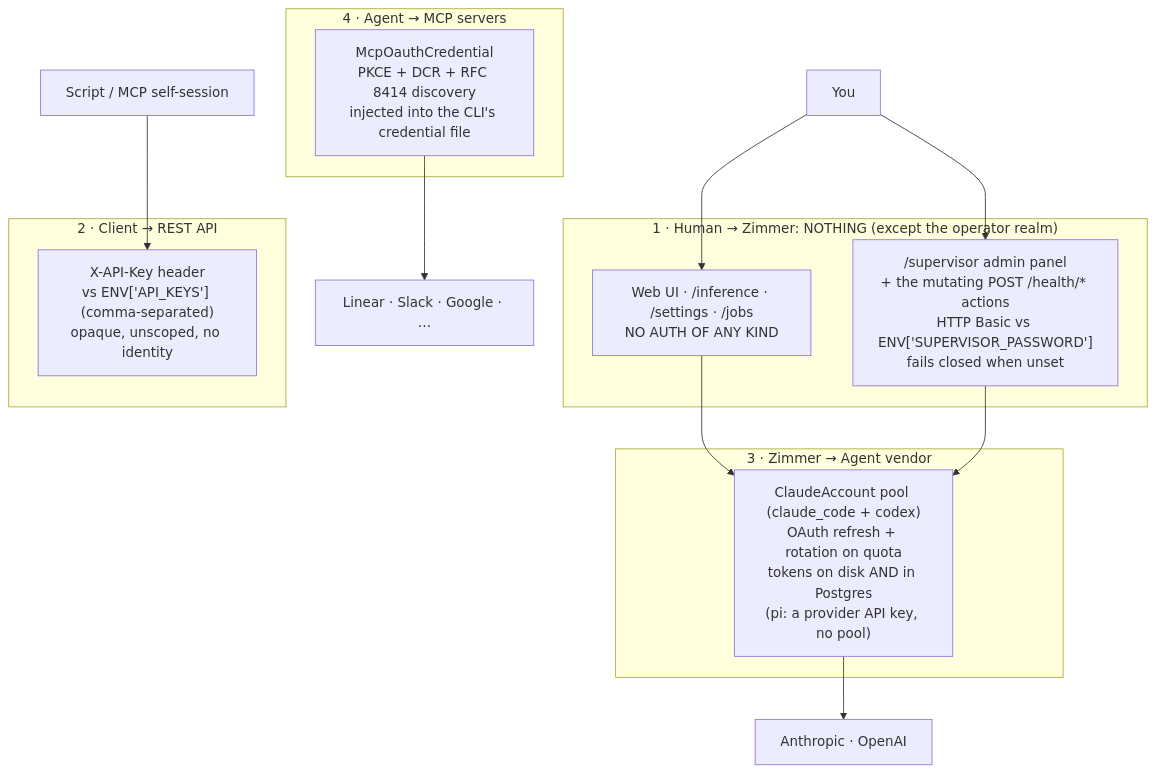
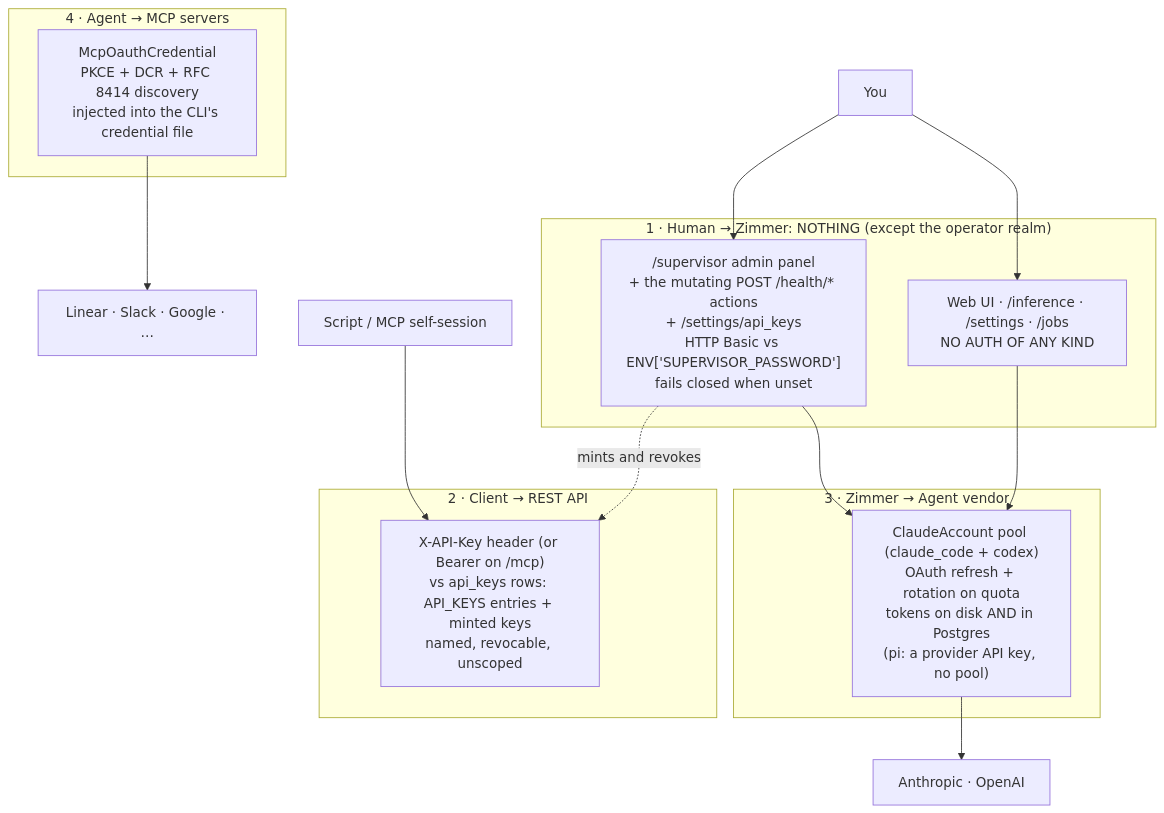
Before and after one commit to tadasant/zimmer: the diagram in docs/src/content/docs/auth/overview.md, drawn with Mermaid. The commit also changed other lines of this file and 26 other files, not shown here.

First line of the commit message:
feat(api-keys): named, revocable API keys with last_used_at and a log line per request (#46)

````diff
--- a/docs/src/content/docs/auth/overview.md
+++ b/docs/src/content/docs/auth/overview.md
@@ -11,24 +11,25 @@
 ```mermaid
 flowchart TB
     subgraph none["1 · Human → Zimmer: NOTHING (except the operator realm)"]
         W["Web UI · /inference · /settings · /jobs<br/>NO AUTH OF ANY KIND"]
-        SUP["/supervisor admin panel<br/>+ the mutating POST /health/* actions<br/>HTTP Basic vs ENV['SUPERVISOR_PASSWORD']<br/>fails closed when unset"]
+        SUP["/supervisor admin panel<br/>+ the mutating POST /health/* actions<br/>+ /settings/api_keys<br/>HTTP Basic vs ENV['SUPERVISOR_PASSWORD']<br/>fails closed when unset"]
     end
     subgraph api["2 · Client → REST API"]
-        A["X-API-Key header<br/>vs ENV['API_KEYS'] (comma-separated)<br/>opaque, unscoped, no identity"]
+        A["X-API-Key header (or Bearer on /mcp)<br/>vs api_keys rows: API_KEYS entries + minted keys<br/>named, revocable, unscoped"]
     end
     subgraph harness["3 · Zimmer → Agent vendor"]
         H["ClaudeAccount pool (claude_code + codex)<br/>OAuth refresh + rotation on quota<br/>tokens on disk AND in Postgres<br/>(pi: a provider API key, no pool)"]
     end
     subgraph mcp["4 · Agent → MCP servers"]
         M["McpOauthCredential<br/>PKCE + DCR + RFC 8414 discovery<br/>injected into the CLI's credential file"]
     end
 
     U["You"] --> W
     U --> SUP
     C["Script / MCP self-session"] --> A
     W --> H
     SUP --> H
+    SUP -. mints and revokes .-> A
     H --> V["Anthropic · OpenAI"]
     M --> S["Linear · Slack · Google · …"]
 ```
````
